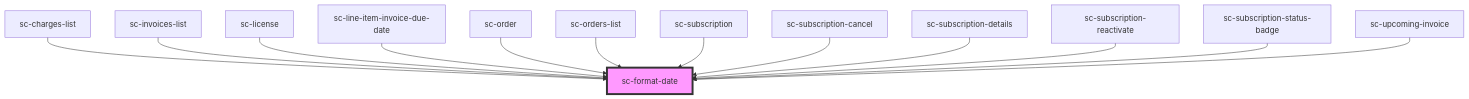
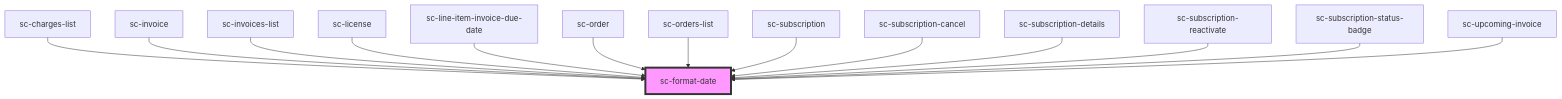
One commit to surecart/surecart-wp-plugin changed the diagram in packages/components/src/components/util/format-date/readme.md. Above: the diagram before and after it, drawn with Mermaid. The commit also changed other lines of this file and 46 other files, not shown here.

````diff
--- a/packages/components/src/components/util/format-date/readme.md
+++ b/packages/components/src/components/util/format-date/readme.md
@@ -46,16 +47,17 @@
 ```mermaid
 graph TD;
   sc-charges-list --> sc-format-date
+  sc-invoice --> sc-format-date
   sc-invoices-list --> sc-format-date
   sc-license --> sc-format-date
   sc-line-item-invoice-due-date --> sc-format-date
   sc-order --> sc-format-date
   sc-orders-list --> sc-format-date
   sc-subscription --> sc-format-date
   sc-subscription-cancel --> sc-format-date
   sc-subscription-details --> sc-format-date
   sc-subscription-reactivate --> sc-format-date
   sc-subscription-status-badge --> sc-format-date
   sc-upcoming-invoice --> sc-format-date
   style sc-format-date fill:#f9f,stroke:#333,stroke-width:4px
 ```
````
